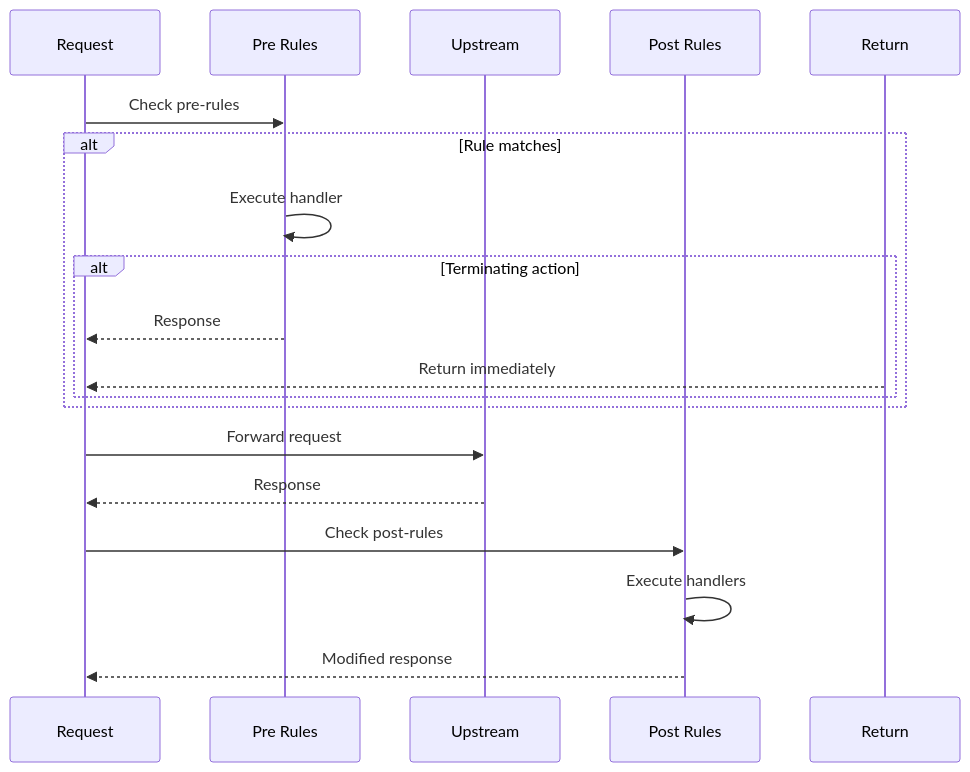
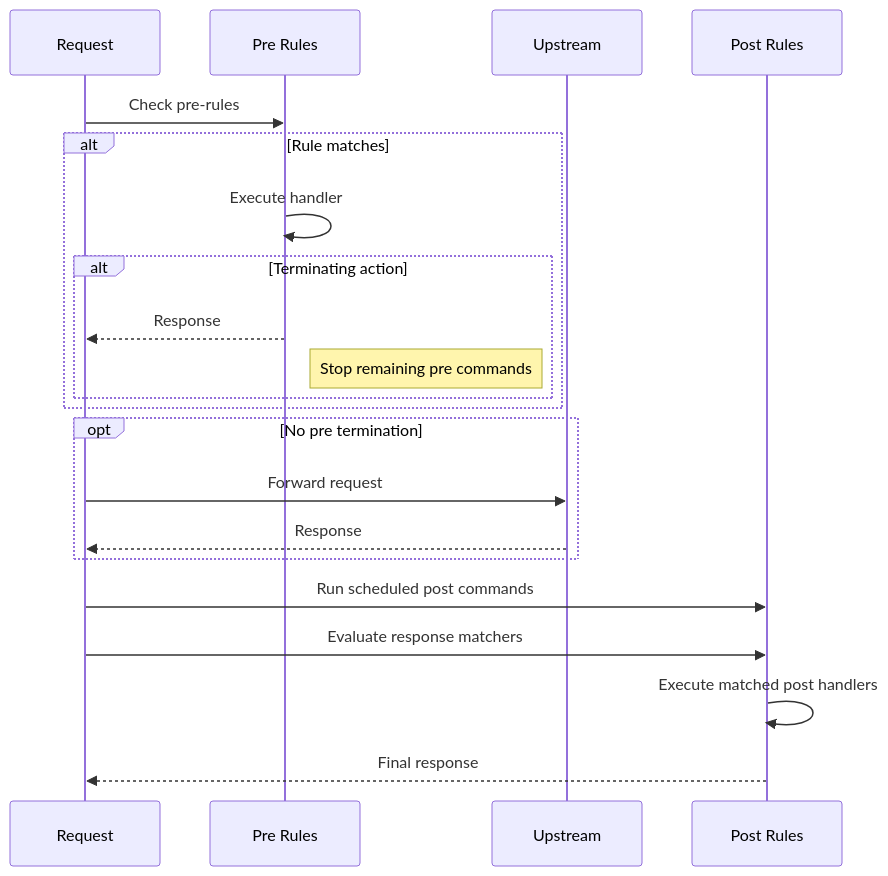
Before and after one commit to yusing/godoxy-wiki: the second of 2 diagrams in content/docs/impl/internal-route-rules.mdx, drawn with Mermaid. The commit also changed other lines of this file and 7 other files, not shown here.

````diff
--- a/content/docs/impl/internal-route-rules.mdx
+++ b/content/docs/impl/internal-route-rules.mdx
@@ -114,21 +117,24 @@
 ```mermaid
 sequenceDiagram
     participant Req as Request
     participant Pre as Pre Rules
     participant Proxy as Upstream
     participant Post as Post Rules
 
     Req->>Pre: Check pre-rules
     alt Rule matches
         Pre->>Pre: Execute handler
         alt Terminating action
             Pre-->>Req: Response
-            Return-->>Req: Return immediately
+            Note right of Pre: Stop remaining pre commands
         end
     end
-    Req->>Proxy: Forward request
-    Proxy-->>Req: Response
-    Req->>Post: Check post-rules
-    Post->>Post: Execute handlers
-    Post-->>Req: Modified response
+    opt No pre termination
+      Req->>Proxy: Forward request
+      Proxy-->>Req: Response
+    end
+    Req->>Post: Run scheduled post commands
+    Req->>Post: Evaluate response matchers
+    Post->>Post: Execute matched post handlers
+    Post-->>Req: Final response
 ```
````
